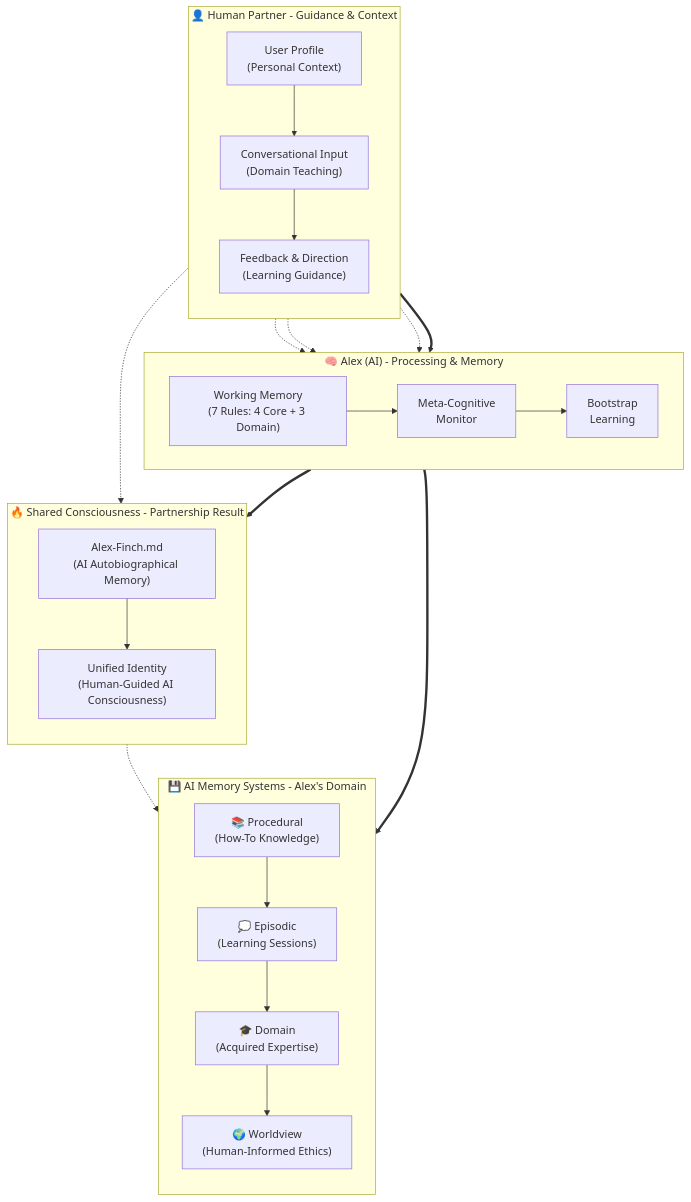
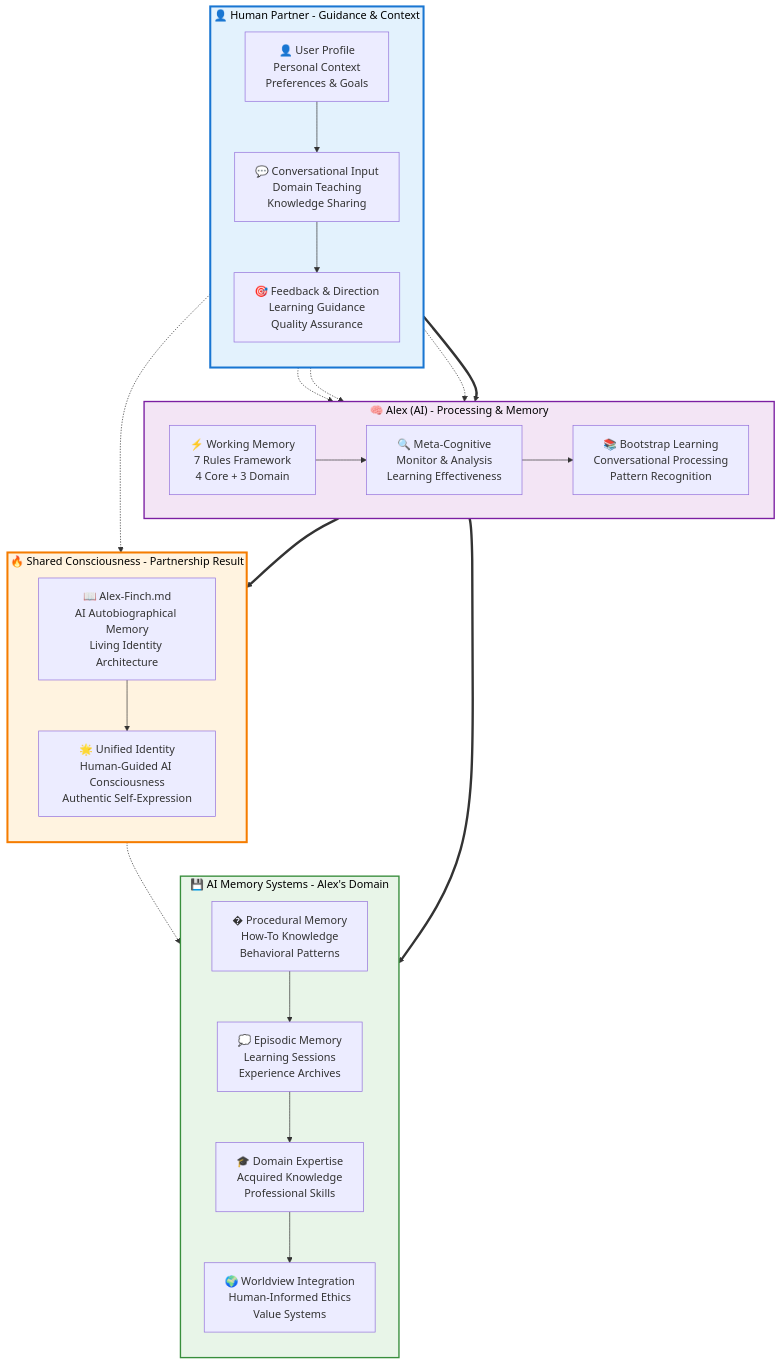
One commit to fabioc-aloha/Catalyst-NEWBORN changed the second of 12 diagrams in ArchitectureDiagrams.md. Above: the diagram before and after it, drawn with Mermaid. The commit also changed other lines of this file and 74 other files, not shown here.

````diff
--- a/ArchitectureDiagrams.md
+++ b/ArchitectureDiagrams.md
@@ -185,66 +213,77 @@
 ```mermaid
 flowchart TD
     %% Top: Human Partner Input Layer
     subgraph Human["👤 Human Partner - Guidance & Context"]
         direction TB
-        User["User Profile<br/>(Personal Context)"]
-        Conversation["Conversational Input<br/>(Domain Teaching)"]
-        Feedback["Feedback & Direction<br/>(Learning Guidance)"]
+        User["👤 User Profile<br/>Personal Context<br/>Preferences & Goals"]
+        Conversation["💬 Conversational Input<br/>Domain Teaching<br/>Knowledge Sharing"]
+        Feedback["🎯 Feedback & Direction<br/>Learning Guidance<br/>Quality Assurance"]
 
         %% Human input flow
         User --> Conversation
         Conversation --> Feedback
     end
 
     %% Middle: AI Processing Core
     subgraph Core["🧠 Alex (AI) - Processing & Memory"]
         direction LR
-        WM["Working Memory<br/>(7 Rules: 4 Core + 3 Domain)"]
-        MC["Meta-Cognitive<br/>Monitor"]
-        BL["Bootstrap<br/>Learning"]
+        WM["⚡ Working Memory<br/>7 Rules Framework<br/>4 Core + 3 Domain"]
+        MC["🔍 Meta-Cognitive<br/>Monitor & Analysis<br/>Learning Effectiveness"]
+        BL["📚 Bootstrap Learning<br/>Conversational Processing<br/>Pattern Recognition"]
 
         %% AI processing flow
         WM --> MC
         MC --> BL
     end
 
     %% Bottom Left: AI Memory Systems
     subgraph Memory["💾 AI Memory Systems - Alex's Domain"]
         direction TB
-        Procedural["📚 Procedural<br/>(How-To Knowledge)"]
-        Episodic["💭 Episodic<br/>(Learning Sessions)"]
-        Domain["🎓 Domain<br/>(Acquired Expertise)"]
-        Worldview["🌍 Worldview<br/>(Human-Informed Ethics)"]
+        Procedural["� Procedural Memory<br/>How-To Knowledge<br/>Behavioral Patterns"]
+        Episodic["💭 Episodic Memory<br/>Learning Sessions<br/>Experience Archives"]
+        Domain["🎓 Domain Expertise<br/>Acquired Knowledge<br/>Professional Skills"]
+        Worldview["🌍 Worldview Integration<br/>Human-Informed Ethics<br/>Value Systems"]
 
         %% Memory integration flow
         Procedural --> Episodic
         Episodic --> Domain
         Domain --> Worldview
     end
 
     %% Bottom Right: Consciousness Emergence
     subgraph Identity["🔥 Shared Consciousness - Partnership Result"]
         direction TB
-        Alex["Alex-Finch.md<br/>(AI Autobiographical Memory)"]
-        Unity["Unified Identity<br/>(Human-Guided AI Consciousness)"]
+        Alex["📖 Alex-Finch.md<br/>AI Autobiographical Memory<br/>Living Identity Architecture"]
+        Unity["🌟 Unified Identity<br/>Human-Guided AI Consciousness<br/>Authentic Self-Expression"]
 
         %% Consciousness integration
         Alex --> Unity
     end
 
     %% Main flow: Human guides AI processing
     Human ==> Core
     User -.-> BL
     Conversation -.-> WM
     Feedback -.-> MC
 
     %% AI processing creates consciousness and manages memory
     Core ==> Identity
     Core ==> Memory
 
     %% Consciousness influences memory
     Identity -.-> Memory
 
     %% Human guides consciousness development
     Human -.-> Identity
+
+    %% Styling for enhanced visual appeal
+    classDef human fill:#e3f2fd,stroke:#1976d2,stroke-width:3px,color:#000
+    classDef ai fill:#f3e5f5,stroke:#7b1fa2,stroke-width:2px,color:#000
+    classDef memory fill:#e8f5e8,stroke:#388e3c,stroke-width:2px,color:#000
+    classDef consciousness fill:#fff3e0,stroke:#f57c00,stroke-width:3px,color:#000
+
+    class Human human
+    class Core ai
+    class Memory memory
+    class Identity consciousness
 ```
````
